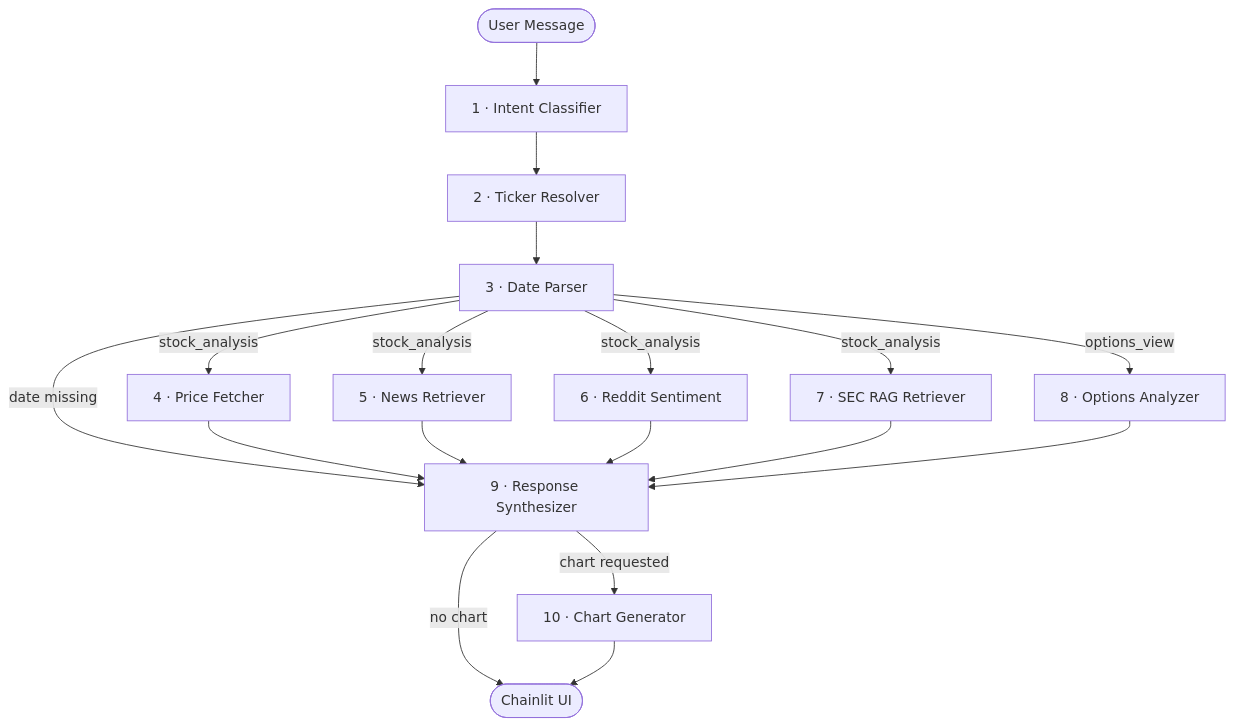
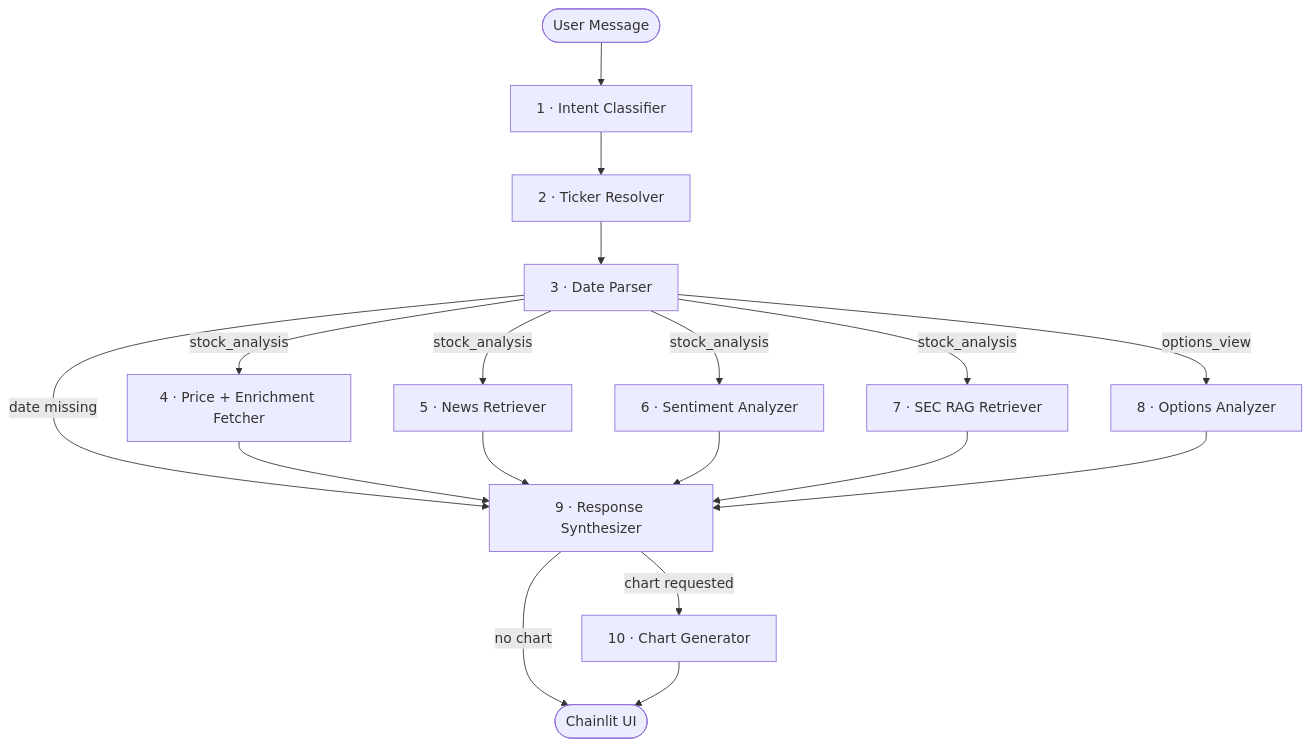
The diagram in README.md (rituvilluri/stock-insight-agent), drawn with Mermaid before and after one commit. The commit also changed other lines of this file, not shown here.

````diff
--- a/README.md
+++ b/README.md
@@ -32,19 +34,19 @@
 ```mermaid
 flowchart TD
     A([User Message]) --> N1[1 · Intent Classifier]
     N1 --> N2[2 · Ticker Resolver]
     N2 --> N3[3 · Date Parser]
 
-    N3 -->|date missing| N9[9 · Response Synthesizer]
-    N3 -->|stock_analysis| N4[4 · Price Fetcher]
+    N3 -->|stock_analysis| N4[4 · Price + Enrichment Fetcher]
     N3 -->|stock_analysis| N5[5 · News Retriever]
-    N3 -->|stock_analysis| N6[6 · Reddit Sentiment]
+    N3 -->|stock_analysis| N6[6 · Sentiment Analyzer]
     N3 -->|stock_analysis| N7[7 · SEC RAG Retriever]
     N3 -->|options_view| N8[8 · Options Analyzer]
+    N3 -->|date missing| N9[9 · Response Synthesizer]
 
     N4 & N5 & N6 & N7 & N8 --> N9
 
     N9 -->|chart requested| N10[10 · Chart Generator]
     N9 -->|no chart| UI([Chainlit UI])
     N10 --> UI
 ```
````
